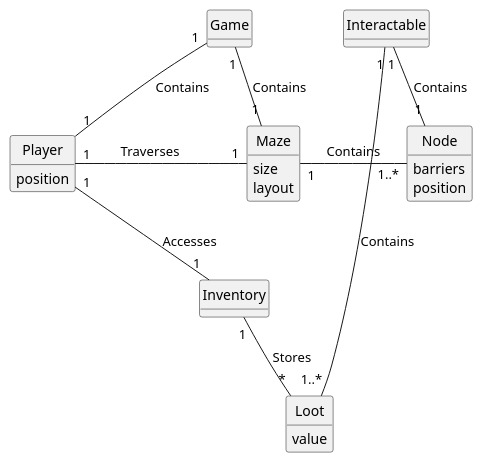
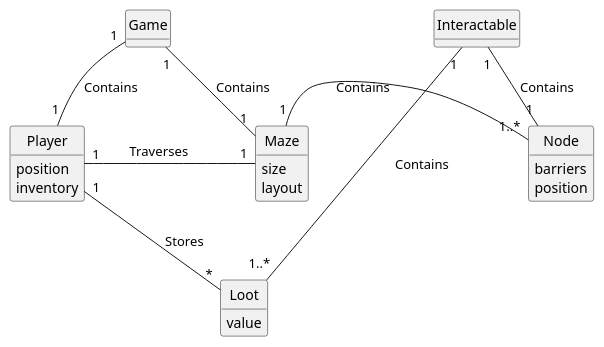
The first of 3 diagrams in doc/design.md (codelazarus14/team-1b-java-app), drawn with PlantUML before and after one commit.

Commit message:
Updated Design Document (deleted room class)

````diff
--- a/doc/design.md
+++ b/doc/design.md
@@ -3,39 +3,37 @@
 ```plantuml
 @startuml
 hide circle
 hide empty methods
 
 'classes
 class Player{
     position
+    inventory
 }
 class Maze{
     size
     layout
 }
 class Node{
     barriers
     position
-}
-class Inventory{
 }
 class Loot{
     value
 }
 class Interactable{
 }
 class Game{
 }
 
 'associations 
 Game "1" -- "1" Player : Contains\t\t
 Game "1" -- "1" Maze : Contains
 Player "1" - "1" Maze : \tTraverses\t\t
 Maze "1" - "1..*" Node : \tContains\t\t
-Player "1" -- "1" Inventory : Accesses\t\t
-Inventory "1" -- "*" Loot : Stores\t
+Player "1" --  "*" Loot : Stores\t
+Interactable "1" -- "1" Node : Contains\t\t
 Interactable "1" -- "1..*" Loot : Contains\t\t
-Interactable "1" -- "1" Node : Contains\t\t
 
 @enduml
 ```
````
